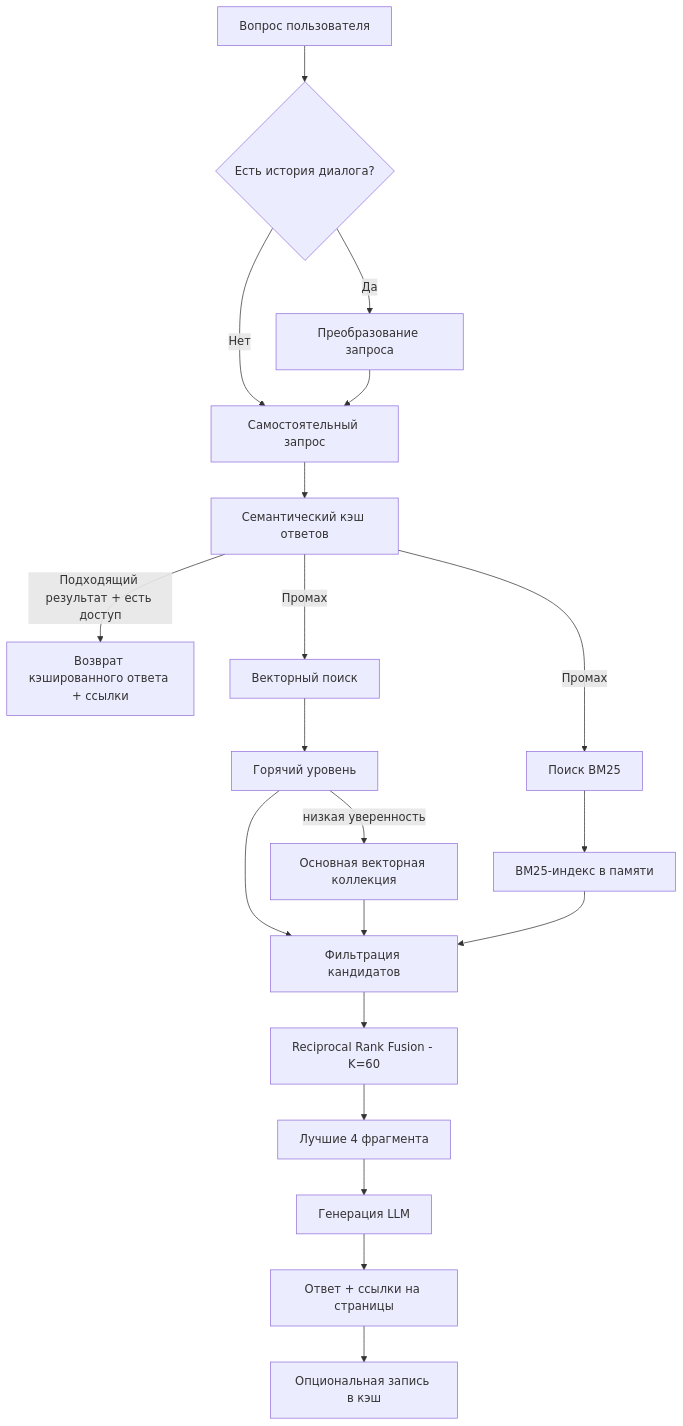
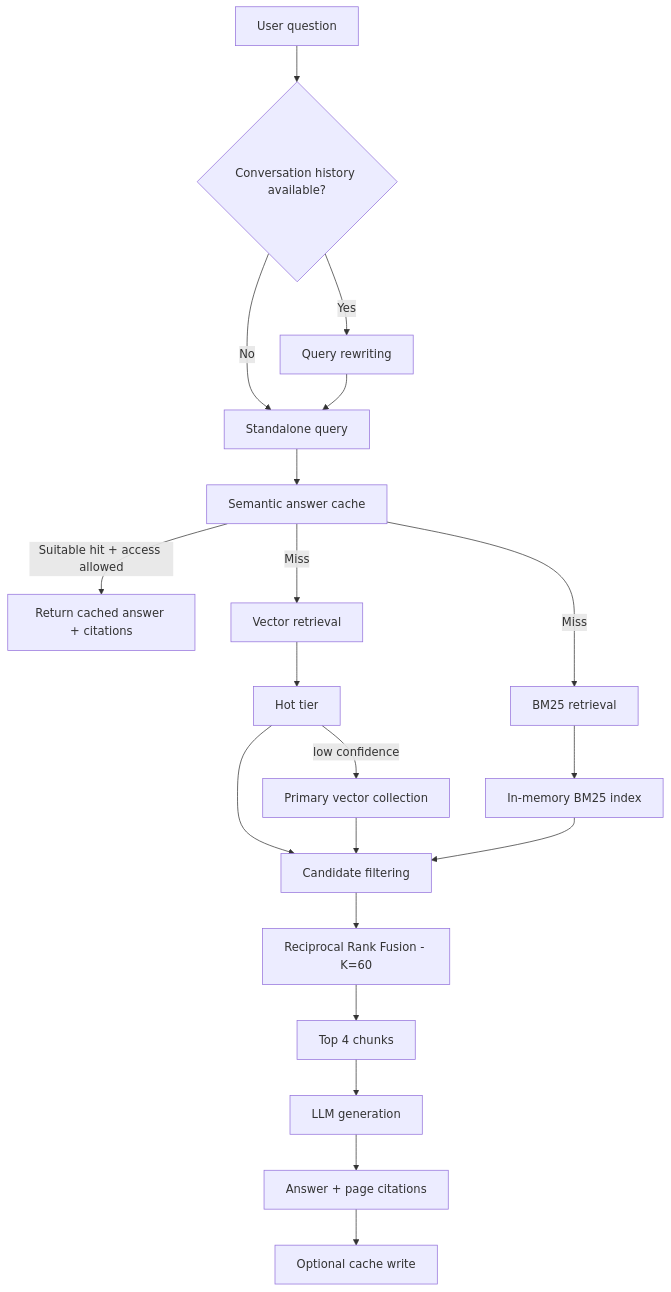
One commit to edikhanbayev/Citation-Grounded-RAG-System changed the diagram in README.md. Above: the diagram before and after it, drawn with Mermaid. The commit also changed other lines of this file and 1 other file, not shown here.

````diff
--- a/README.md
+++ b/README.md
@@ -28,22 +28,22 @@
 ```mermaid
 flowchart TD
-    A[Вопрос пользователя] --> B{Есть история диалога?}
-    B -- Да --> C[Преобразование запроса]
-    B -- Нет --> D[Самостоятельный запрос]
+    A[User question] --> B{Conversation history available?}
+    B -- Yes --> C[Query rewriting]
+    B -- No --> D[Standalone query]
     C --> D
-    D --> E[Семантический кэш ответов]
-    E -- Подходящий результат + есть доступ --> Z[Возврат кэшированного ответа + ссылки]
-    E -- Промах --> F1[Векторный поиск]
-    E -- Промах --> F2[Поиск BM25]
-    F1 --> G1[Горячий уровень]
-    G1 -->|низкая уверенность| G2[Основная векторная коллекция]
-    F2 --> H[BM25-индекс в памяти]
-    G1 --> I[Фильтрация кандидатов]
+    D --> E[Semantic answer cache]
+    E -- Suitable hit + access allowed --> Z[Return cached answer + citations]
+    E -- Miss --> F1[Vector retrieval]
+    E -- Miss --> F2[BM25 retrieval]
+    F1 --> G1[Hot tier]
+    G1 -->|low confidence| G2[Primary vector collection]
+    F2 --> H[In-memory BM25 index]
+    G1 --> I[Candidate filtering]
     G2 --> I
     H --> I
     I --> J[Reciprocal Rank Fusion - K=60]
-    J --> K[Лучшие 4 фрагмента]
-    K --> L[Генерация LLM]
-    L --> M[Ответ + ссылки на страницы]
-    M --> N[Опциональная запись в кэш]
+    J --> K[Top 4 chunks]
+    K --> L[LLM generation]
+    L --> M[Answer + page citations]
+    M --> N[Optional cache write]
 ```
````
